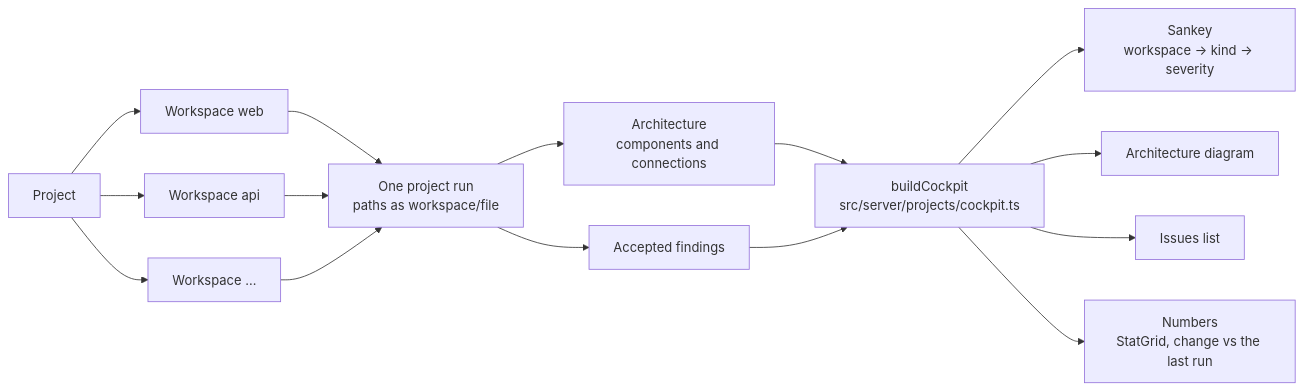
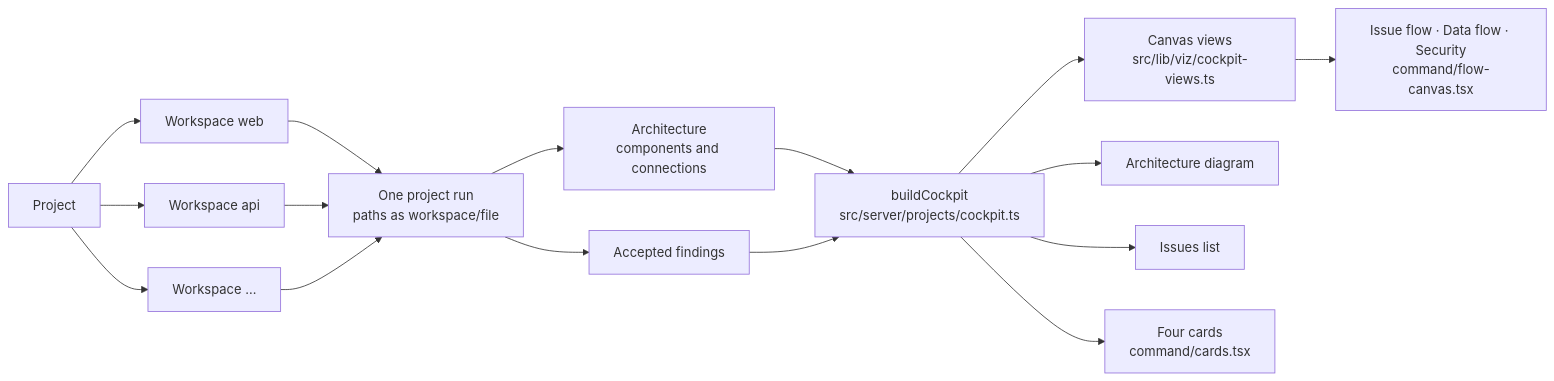
One commit to rvren/windtunnel changed the eighth of 10 diagrams in docs/architecture.md. Above: the diagram before and after it, drawn with Mermaid. The commit also changed other lines of this file and 16 other files, not shown here.

First line of the commit message:
The project cockpit as a command center

````diff
--- a/docs/architecture.md
+++ b/docs/architecture.md
@@ -283,12 +283,13 @@
 ```mermaid
 flowchart LR
   p["Project"] --> w1["Workspace web"] & w2["Workspace api"] & w3["Workspace …"]
   w1 & w2 & w3 --> run["One project run<br/>paths as workspace/file"]
   run --> arch["Architecture<br/>components and connections"]
   run --> groups["Accepted findings"]
   arch & groups --> c["buildCockpit<br/>src/server/projects/cockpit.ts"]
-  c --> s["Sankey<br/>workspace → kind → severity"]
+  c --> v["Canvas views<br/>src/lib/viz/cockpit-views.ts"]
+  v --> s["Issue flow · Data flow · Security<br/>command/flow-canvas.tsx"]
   c --> d["Architecture diagram"]
   c --> i["Issues list"]
-  c --> n["Numbers<br/>StatGrid, change vs the last run"]
+  c --> n["Four cards<br/>command/cards.tsx"]
 ```
````
